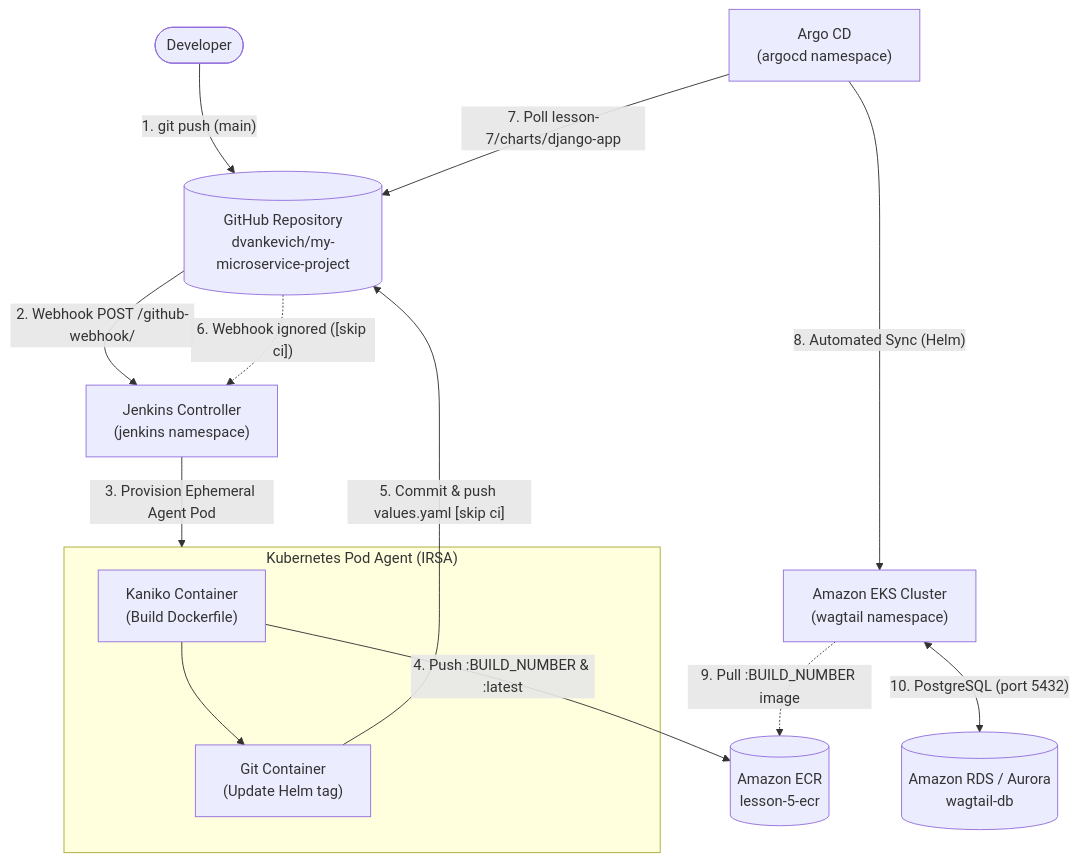
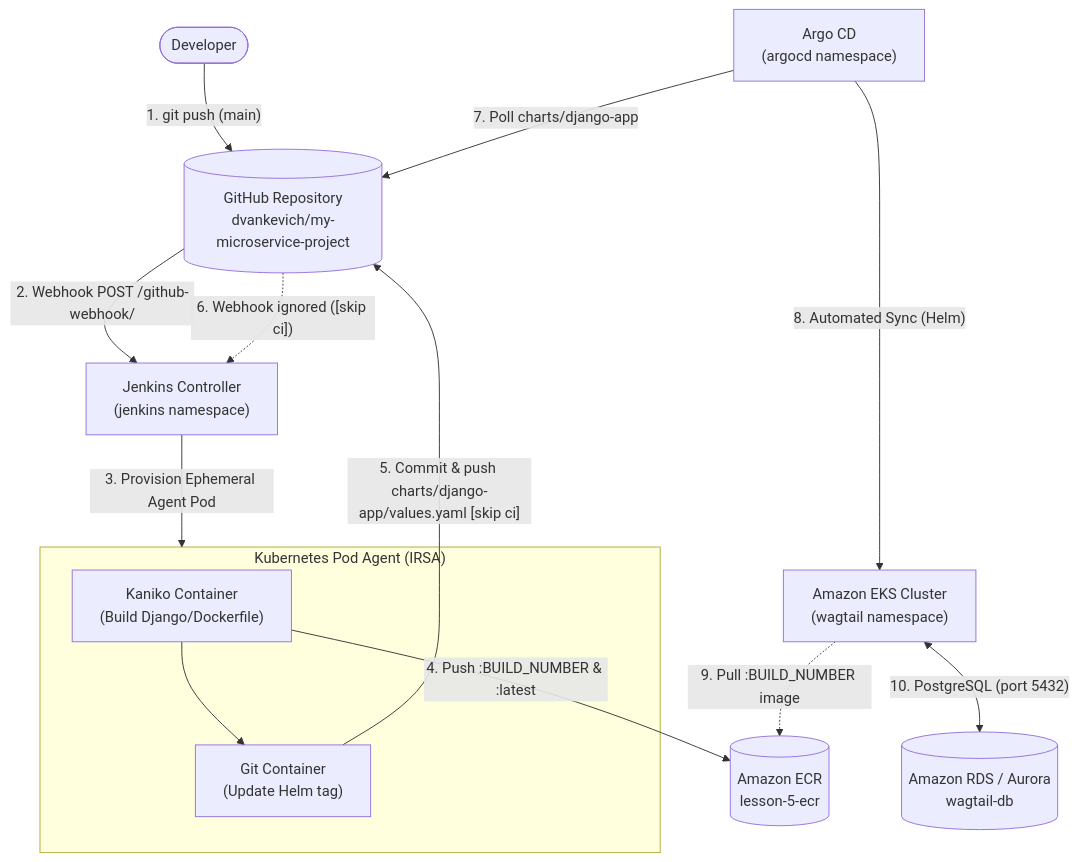
One commit to dvankevich/my-microservice-project changed the diagram in README.md. Above: the diagram before and after it, drawn with Mermaid. The commit also changed other lines of this file and 3 other files, not shown here.

````diff
--- a/README.md
+++ b/README.md
@@ -724,21 +761,21 @@
 ```mermaid
 flowchart TD
     Dev(["Developer"]) -->|"1. git push (main)"| GitHub[("GitHub Repository<br/>dvankevich/my-microservice-project")]
     GitHub -->|"2. Webhook POST /github-webhook/"| Jenkins["Jenkins Controller<br/>(jenkins namespace)"]
     Jenkins -->|"3. Provision Ephemeral Agent Pod"| Agent
 
     subgraph Agent ["Kubernetes Pod Agent (IRSA)"]
-        Kaniko["Kaniko Container<br/>(Build Dockerfile)"]
+        Kaniko["Kaniko Container<br/>(Build Django/Dockerfile)"]
         GitContainer["Git Container<br/>(Update Helm tag)"]
     end
 
     Kaniko -->|"4. Push :BUILD_NUMBER & :latest"| ECR[("Amazon ECR<br/>lesson-5-ecr")]
     Kaniko --> GitContainer
-    GitContainer -->|"5. Commit & push values.yaml [skip ci]"| GitHub
+    GitContainer -->|"5. Commit & push charts/django-app/values.yaml [skip ci]"| GitHub
     GitHub -.->|"6. Webhook ignored ([skip ci])"| Jenkins
 
-    ArgoCD["Argo CD<br/>(argocd namespace)"] -->|"7. Poll lesson-7/charts/django-app"| GitHub
+    ArgoCD["Argo CD<br/>(argocd namespace)"] -->|"7. Poll charts/django-app"| GitHub
     ArgoCD -->|"8. Automated Sync (Helm)"| EKS["Amazon EKS Cluster<br/>(wagtail namespace)"]
     EKS -.->|"9. Pull :BUILD_NUMBER image"| ECR
     EKS <-->|"10. PostgreSQL (port 5432)"| RDS[("Amazon RDS / Aurora<br/>wagtail-db")]
 ```
````
